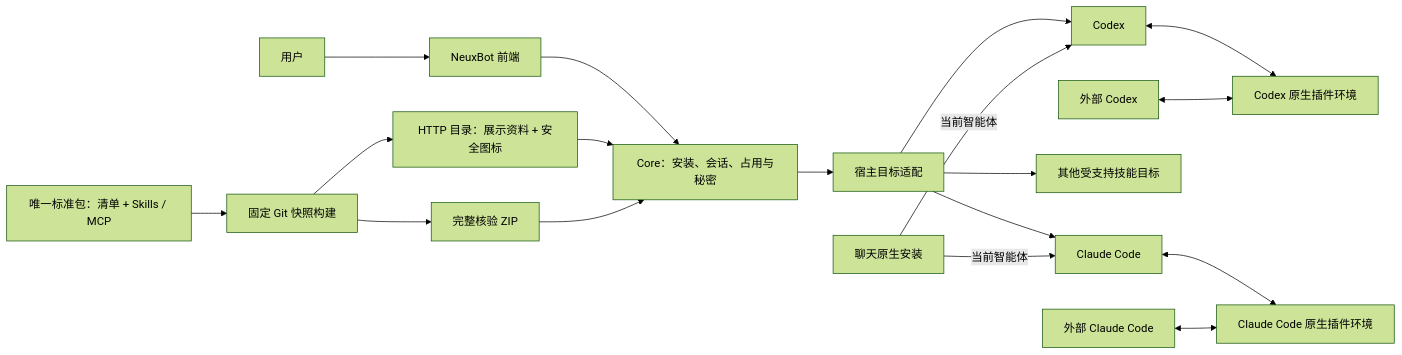
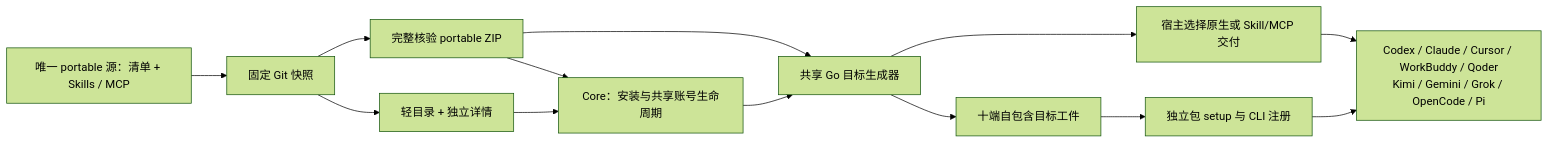
The first of 2 diagrams in README.zh-CN.md (JieWaZi/neux-plugins), drawn with Mermaid (forest theme) before and after one commit. The commit also changed other lines of this file and 4 other files, not shown here.

````diff
--- a/README.zh-CN.md
+++ b/README.zh-CN.md
@@ -28,20 +28,15 @@
 ```mermaid
 flowchart LR
-  Package[唯一标准包：清单 + Skills / MCP] --> Build[固定 Git 快照构建]
-  Build --> Catalog[HTTP 目录：展示资料 + 安全图标]
-  Build --> ZIP[完整核验 ZIP]
-  User[用户] --> UI[NeuxBot 前端]
-  UI --> Core[Core：安装、会话、占用与秘密]
-  Catalog --> Core
-  ZIP --> Core
-  Core --> Adapter[宿主目标适配]
-  Adapter --> Codex[Codex]
-  Adapter --> Claude[Claude Code]
-  Adapter --> Skills[其他受支持技能目标]
-  Chat[聊天原生安装] -->|当前智能体| Codex
-  Chat -->|当前智能体| Claude
-  Codex <--> CodexHome[Codex 原生插件环境]
-  ExternalCodex[外部 Codex] <--> CodexHome
-  Claude <--> ClaudeHome[Claude Code 原生插件环境]
-  ExternalClaude[外部 Claude Code] <--> ClaudeHome
+  Source[唯一 portable 源：清单 + Skills / MCP] --> Snapshot[固定 Git 快照]
+  Snapshot --> Index[轻目录 + 独立详情]
+  Snapshot --> Archive[完整核验 portable ZIP]
+  Archive --> Core[Core：安装与共享账号生命周期]
+  Index --> Core
+  Archive --> Generator[共享 Go 目标生成器]
+  Core --> Generator
+  Generator --> Targets[十端自包含目标工件]
+  Generator --> View[宿主选择原生或 Skill/MCP 交付]
+  Targets --> Setup[独立包 setup 与 CLI 注册]
+  View --> CLIs[Codex / Claude / Cursor / WorkBuddy / Qoder<br/>Kimi / Gemini / Grok / OpenCode / Pi]
+  Setup --> CLIs
 ```
````
